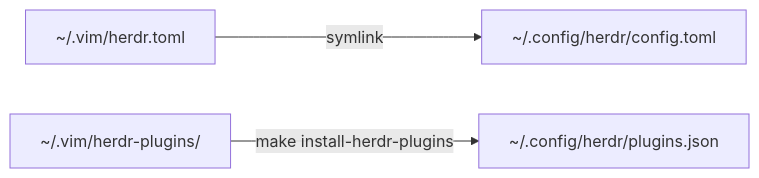
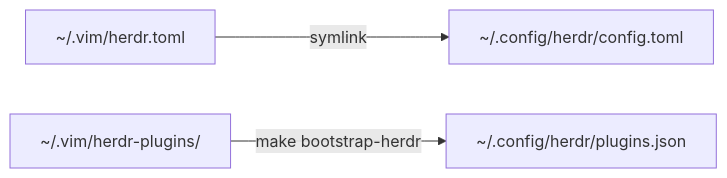
Before and after one commit to unphased/vim-config: the diagram in README.md, drawn with Mermaid. The commit also changed other lines of this file and 4 other files, not shown here.

First line of the commit message:
Bootstrap tracked Herdr plugins declaratively

````diff
--- a/README.md
+++ b/README.md
@@ -30,5 +30,5 @@
 ```mermaid
 flowchart LR
     Config[~/.vim/herdr.toml] -->|symlink| Runtime[~/.config/herdr/config.toml]
-    Plugins[~/.vim/herdr-plugins/] -->|make install-herdr-plugins| Registry[~/.config/herdr/plugins.json]
+    Plugins[~/.vim/herdr-plugins/] -->|make bootstrap-herdr| Registry[~/.config/herdr/plugins.json]
 ```
````
